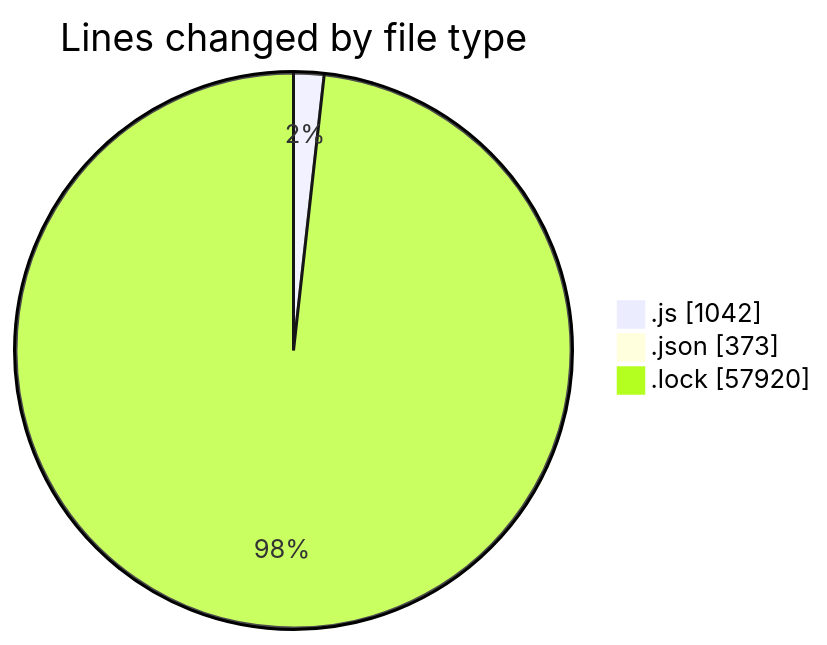
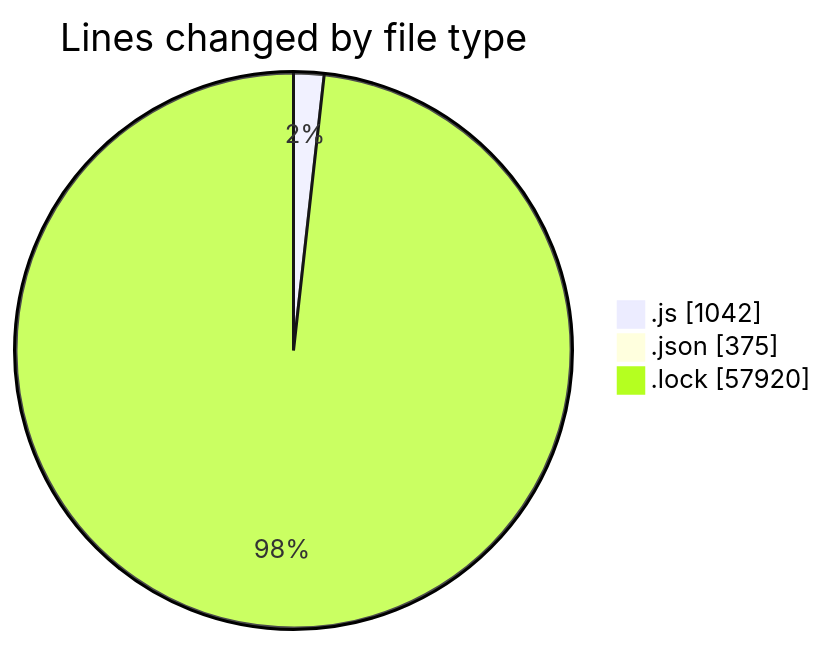
One commit to momahboobian/code-tracking changed the first of 2 diagrams in 2025-12-18/cda/README.md. Above: the diagram before and after it, drawn with Mermaid. The commit also changed other lines of this file and 1 other file, not shown here.

````diff
--- a/2025-12-18/cda/README.md
+++ b/2025-12-18/cda/README.md
@@ -38,7 +38,7 @@
 ```mermaid
 pie showData
 title Lines changed by file type
 ".js" : 1042
-".json" : 373
+".json" : 375
 ".lock" : 57920
 ```
````
